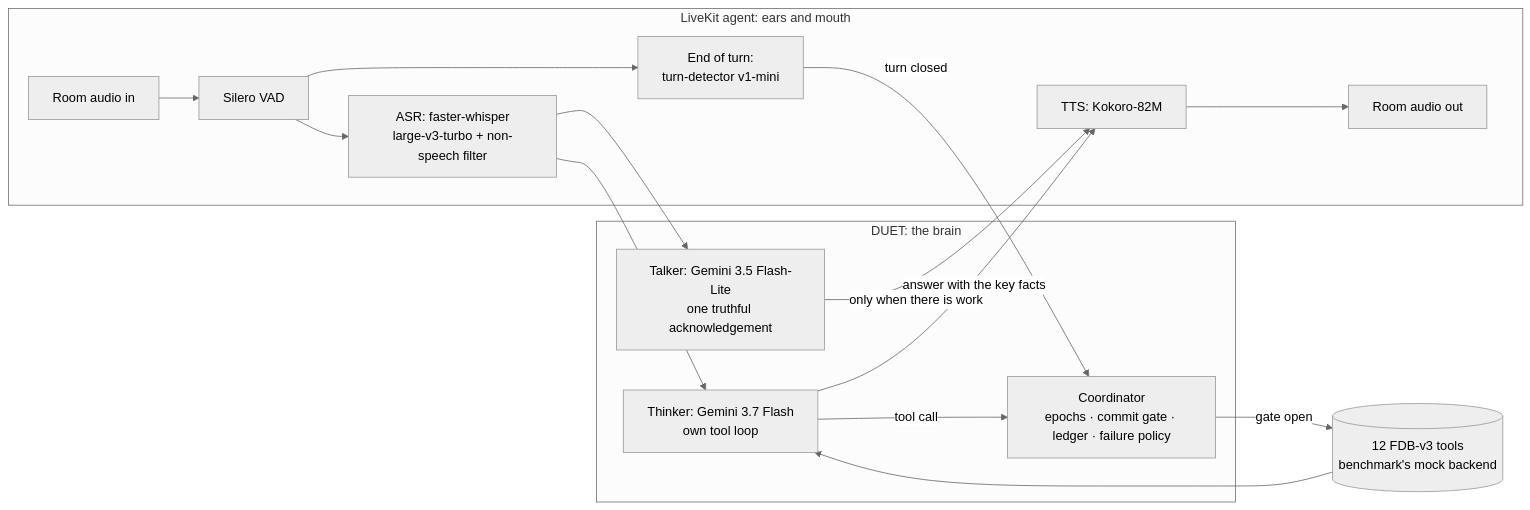
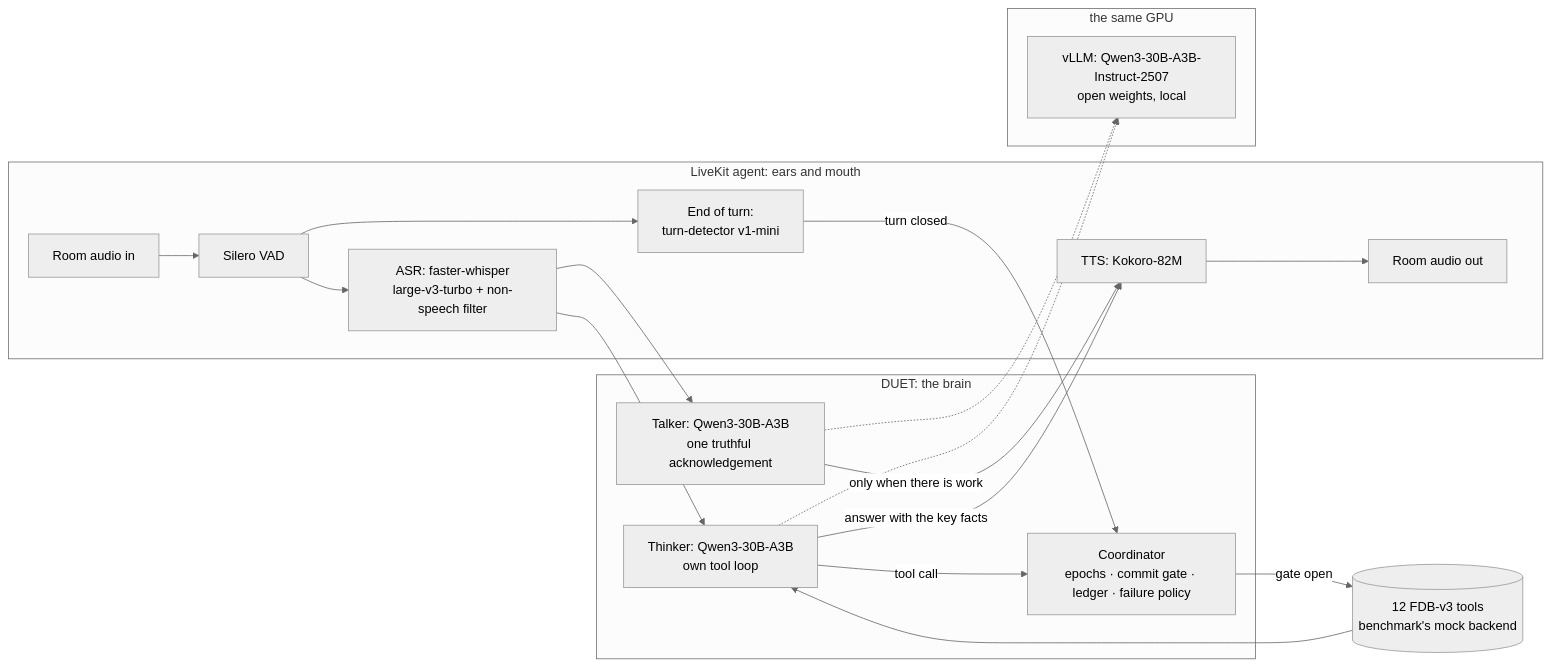
Before and after one commit to tannnmayy/DUET-SAMSUNGPRISM-HACKATHON-TEAM-SE7EN: the diagram in README.md, drawn with Mermaid (neutral theme). The commit also changed other lines of this file and 26 other files, not shown here.

````diff
--- a/README.md
+++ b/README.md
@@ -55,22 +57,27 @@
 ```mermaid
 flowchart LR
     subgraph LiveKit["LiveKit agent: ears and mouth"]
         A[Room audio in] --> V[Silero VAD]
         V --> S["ASR: faster-whisper<br/>large-v3-turbo + non-speech filter"]
         V --> E["End of turn:<br/>turn-detector v1-mini"]
         TTS["TTS: Kokoro-82M"] --> O[Room audio out]
     end
     subgraph DUET["DUET: the brain"]
-        T["Talker: Gemini 3.5 Flash-Lite<br/>one truthful acknowledgement"]
-        K["Thinker: Gemini 3.7 Flash<br/>own tool loop"]
+        T["Talker: Qwen3-30B-A3B<br/>one truthful acknowledgement"]
+        K["Thinker: Qwen3-30B-A3B<br/>own tool loop"]
         C["Coordinator<br/>epochs · commit gate · ledger · failure policy"]
     end
     S --> K
     S --> T
     E -->|turn closed| C
     K -->|tool call| C
     C -->|gate open| B[(12 FDB-v3 tools<br/>benchmark's mock backend)]
     B --> K
     T -->|only when there is work| TTS
     K -->|answer with the key facts| TTS
+    subgraph GPU["the same GPU"]
+        L["vLLM: Qwen3-30B-A3B-Instruct-2507<br/>open weights, local"]
+    end
+    T -.-> L
+    K -.-> L
 ```
````
